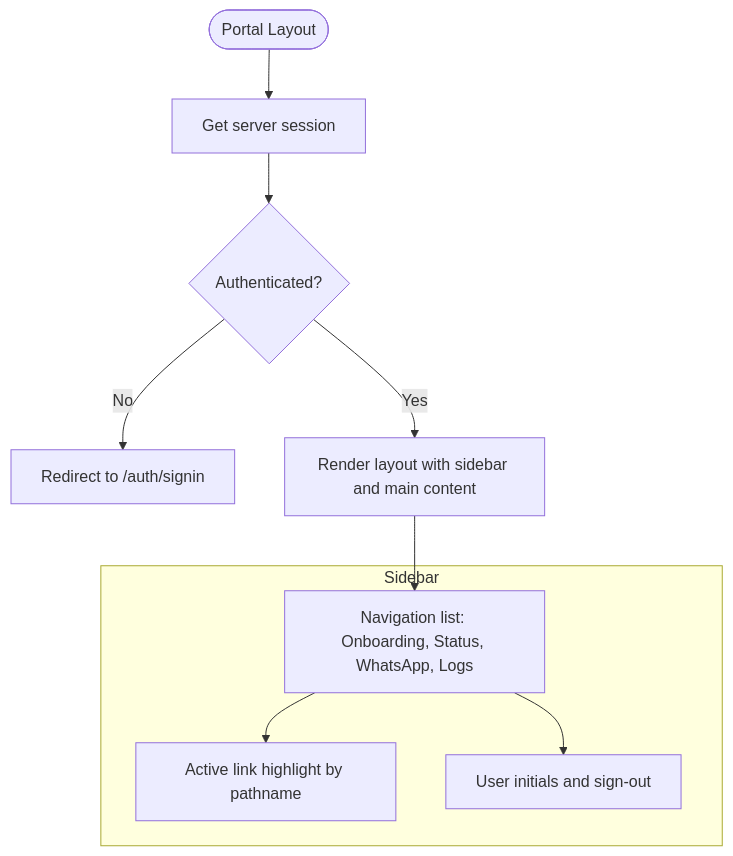
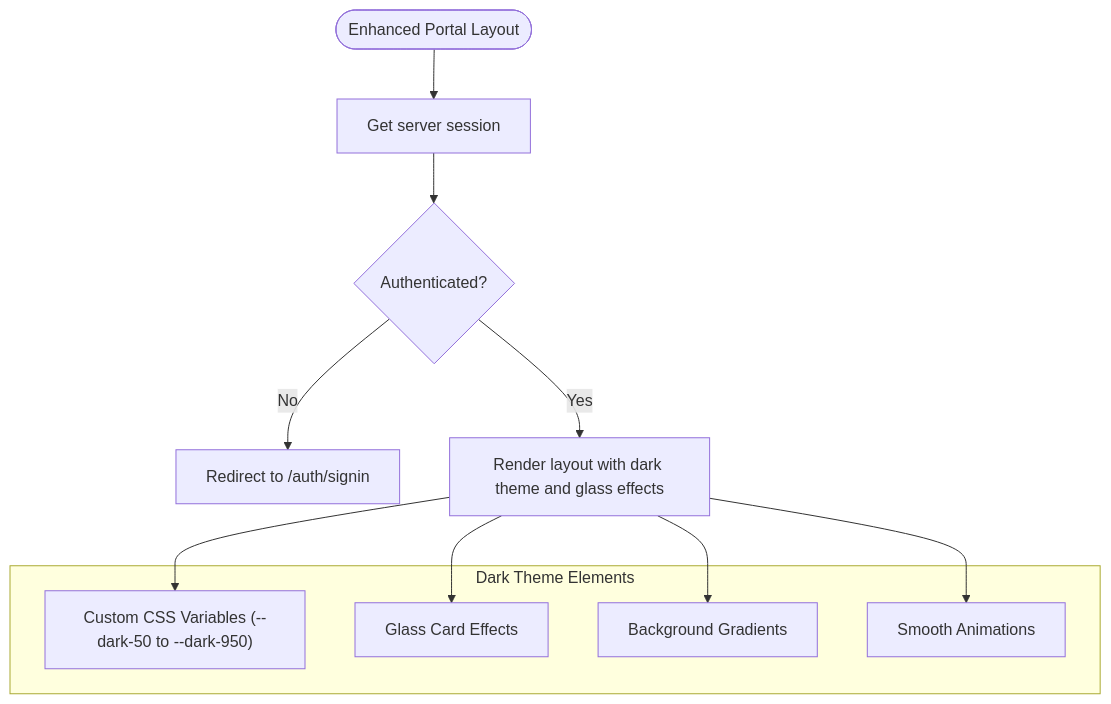
Before and after one commit to askchiwa-spec/FLOW-HQ-BOT: the third of 9 diagrams in .qoder/repowiki/en/content/Frontend Application/Portal Interface.md, drawn with Mermaid. The commit also changed other lines of this file and 69 other files, not shown here.

````diff
--- a/.qoder/repowiki/en/content/Frontend Application/Portal Interface.md
+++ b/.qoder/repowiki/en/content/Frontend Application/Portal Interface.md
@@ -169,15 +173,17 @@
 ```mermaid
 flowchart TD
-Start(["Portal Layout"]) --> CheckAuth["Get server session"]
+Start(["Enhanced Portal Layout"]) --> CheckAuth["Get server session"]
 CheckAuth --> IsAuth{"Authenticated?"}
 IsAuth --> |No| Redirect["Redirect to /auth/signin"]
-IsAuth --> |Yes| Render["Render layout with sidebar and main content"]
-subgraph "Sidebar"
-Nav["Navigation list: Onboarding, Status, WhatsApp, Logs"]
-Active["Active link highlight by pathname"]
-Profile["User initials and sign-out"]
+IsAuth --> |Yes| Render["Render layout with dark theme and glass effects"]
+subgraph "Dark Theme Elements"
+Theme["Custom CSS Variables (--dark-50 to --dark-950)"]
+Glass["Glass Card Effects"]
+Gradient["Background Gradients"]
+Animation["Smooth Animations"]
 end
-Render --> Nav
-Nav --> Active
-Nav --> Profile
+Render --> Theme
+Render --> Glass
+Render --> Gradient
+Render --> Animation
 ```
````
